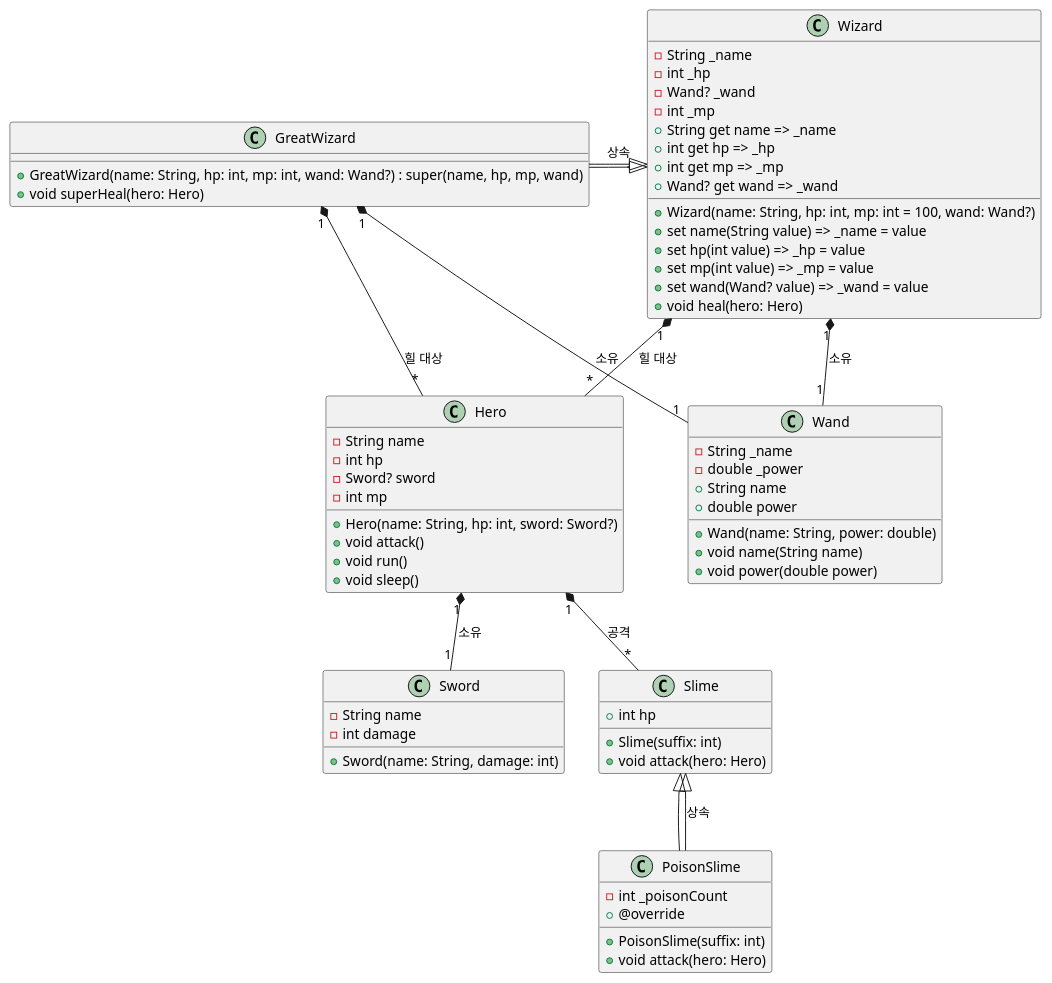
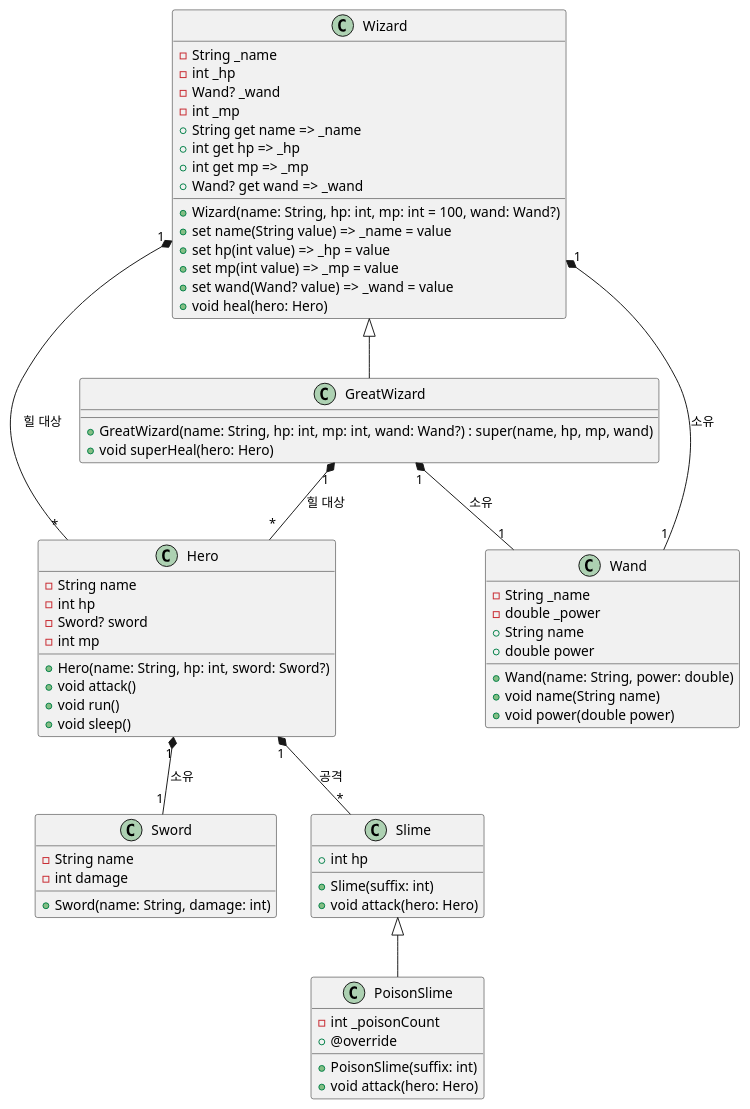
The diagram in assignments/2025-03-18/assignments_uml.wsd (SurvivalCodingCampus/modu-3-dart-study), drawn with PlantUML before and after one commit. The commit also changed 6 other files, not shown here.

```diff
--- a/assignments/2025-03-18/assignments_uml.wsd
+++ b/assignments/2025-03-18/assignments_uml.wsd
@@ -1,81 +1,79 @@
 @startuml
 
 class Hero {
   - String name
   - int hp
   - Sword? sword
   - int mp
   + Hero(name: String, hp: int, sword: Sword?)
   + void attack()
   + void run()
   + void sleep()
 }
 
 class Sword {
   - String name
   - int damage
   + Sword(name: String, damage: int)
 }
 
 class Slime {
   + int hp
   + Slime(suffix: int)
   + void attack(hero: Hero)
 }
 
 
 class PoisonSlime extends Slime {
  - int _poisonCount
   + PoisonSlime(suffix: int)
   + @override
   + void attack(hero: Hero)
 }
 
 
 class Wizard {
   - String _name
   - int _hp
   - Wand? _wand
   - int _mp
   + Wizard(name: String, hp: int, mp: int = 100, wand: Wand?)
   + String get name => _name
   + set name(String value) => _name = value
   + int get hp => _hp
   + set hp(int value) => _hp = value
   + int get mp => _mp
   + set mp(int value) => _mp = value
   + Wand? get wand => _wand
   + set wand(Wand? value) => _wand = value
   + void heal(hero: Hero)
 }
 
 class Wand {
   - String _name
   - double _power
   + Wand(name: String, power: double)
   + String name
   + double power
   + void name(String name)
   + void power(double power)
 }
 
 
 
 class GreatWizard extends Wizard {
  + GreatWizard(name: String, hp: int, mp: int, wand: Wand?) : super(name, hp, mp, wand)
  + void superHeal(hero: Hero)
 }
 
 ' 관계 정의
 
 Hero "1" *-- "1" Sword : 소유
 Hero "1" *-- "*" Slime : 공격
-Slime <|-- PoisonSlime : 상속
-GreatWizard -|> Wizard : 상속
 Wizard "1" *-- "1" Wand : 소유
 Wizard "1" *-- "*" Hero : 힐 대상
 GreatWizard "1" *-- "1" Wand : 소유
 GreatWizard "1" *-- "*" Hero : 힐 대상
 
 
 @enduml
```
